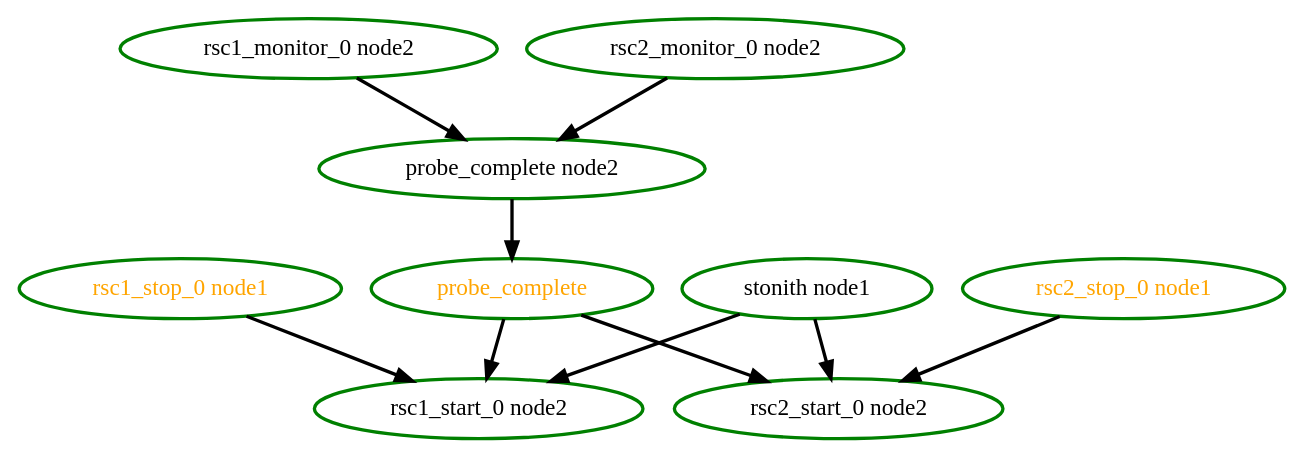
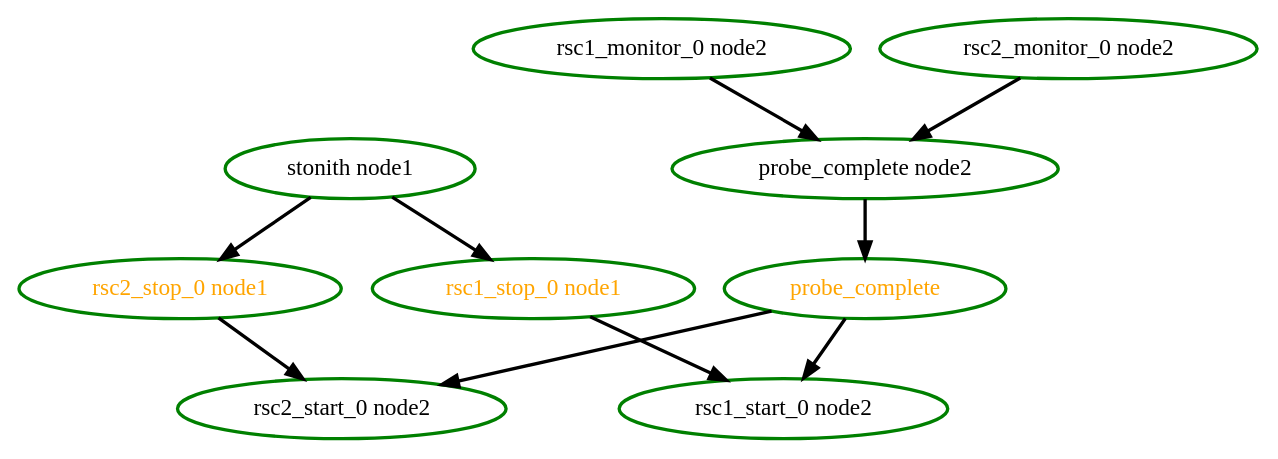
Before and after one commit to richiewen8/heartbeat: the diagram in crm/pengine/testcases/rec-node-7.dot, drawn with Graphviz. The commit also changed 20 other files, not shown here.

```diff
--- a/crm/pengine/testcases/rec-node-7.dot
+++ b/crm/pengine/testcases/rec-node-7.dot
@@ -1,20 +1,20 @@
  digraph "g" {
 "probe_complete node2" -> "probe_complete" [ style = bold]
 "probe_complete node2" [ style=bold color="green" fontcolor="black" ]
 "probe_complete" -> "rsc1_start_0 node2" [ style = bold]
 "probe_complete" -> "rsc2_start_0 node2" [ style = bold]
 "probe_complete" [ style=bold color="green" fontcolor="orange" ]
 "rsc1_monitor_0 node2" -> "probe_complete node2" [ style = bold]
 "rsc1_monitor_0 node2" [ style=bold color="green" fontcolor="black" ]
 "rsc1_start_0 node2" [ style=bold color="green" fontcolor="black" ]
 "rsc1_stop_0 node1" -> "rsc1_start_0 node2" [ style = bold]
 "rsc1_stop_0 node1" [ style=bold color="green" fontcolor="orange" ]
 "rsc2_monitor_0 node2" -> "probe_complete node2" [ style = bold]
 "rsc2_monitor_0 node2" [ style=bold color="green" fontcolor="black" ]
 "rsc2_start_0 node2" [ style=bold color="green" fontcolor="black" ]
 "rsc2_stop_0 node1" -> "rsc2_start_0 node2" [ style = bold]
 "rsc2_stop_0 node1" [ style=bold color="green" fontcolor="orange" ]
-"stonith node1" -> "rsc1_start_0 node2" [ style = bold]
-"stonith node1" -> "rsc2_start_0 node2" [ style = bold]
+"stonith node1" -> "rsc1_stop_0 node1" [ style = bold]
+"stonith node1" -> "rsc2_stop_0 node1" [ style = bold]
 "stonith node1" [ style=bold color="green" fontcolor="black" ]
 }
```
